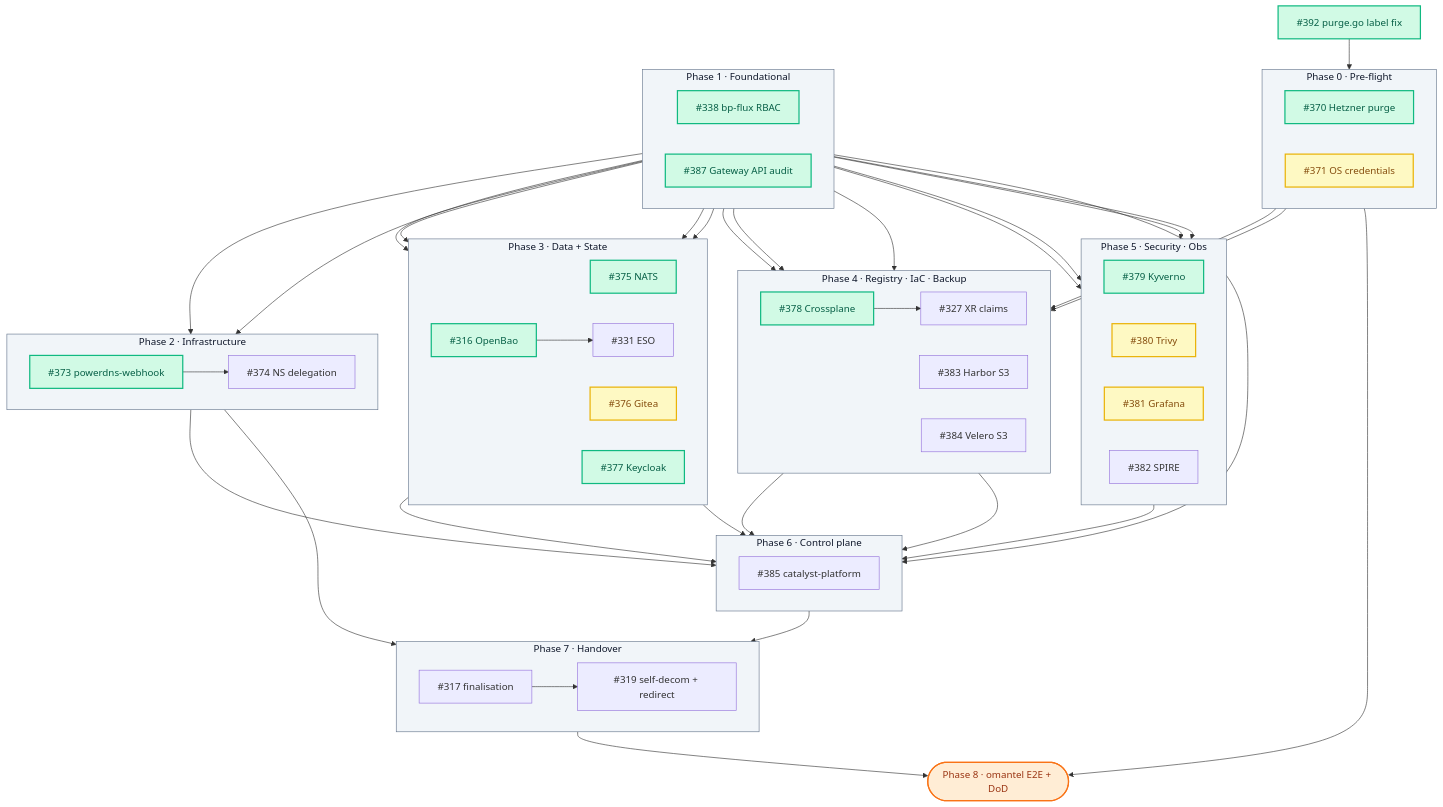
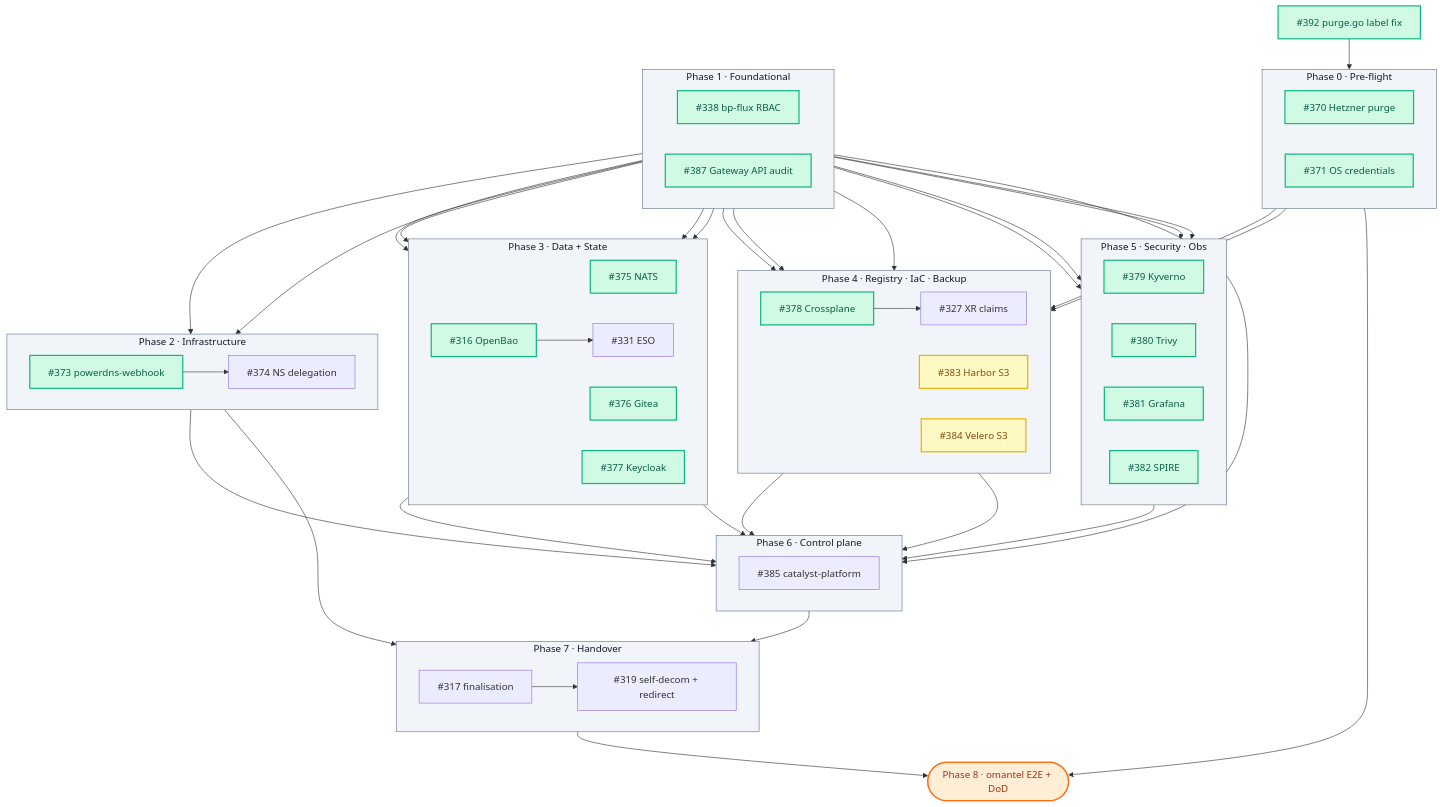
The diagram in docs/omantel-handover-wbs.md (openova-io/openova), drawn with Mermaid before and after one commit. The commit also changed other lines of this file, not shown here.

Commit message:
docs(wbs): tick 9 — 15 done (incl. #382); #383/#384 dispatched
DAG class lines updated to reflect reality on main:
- done (15): 316,338,370,371,373,375,376,377,378,379,380,381,382,387,392
- wip (2):   383 (Harbor → Hetzner S3 rework), 384 (Velero → Hetzner S3)

§9 status table rows for #383/#384 marked 'in flight' with worktree paths.

```diff
--- a/docs/omantel-handover-wbs.md
+++ b/docs/omantel-handover-wbs.md
@@ -169,8 +169,8 @@
     T392 --> T370
 
     class PH0,PH1,PH2,PH3,PH4,PH5,PH6,PH7 phase
-    class T316,T338,T370,T373,T375,T377,T378,T379,T387,T392 done
-    class T371,T376,T380,T381 wip
+    class T316,T338,T370,T371,T373,T375,T376,T377,T378,T379,T380,T381,T382,T387,T392 done
+    class T383,T384 wip
 
     %% Clickable ticket numbers — open the GitHub issue in a new tab
     click T316 "https://github.com/openova-io/openova/issues/316" "Open #316" _blank
```
